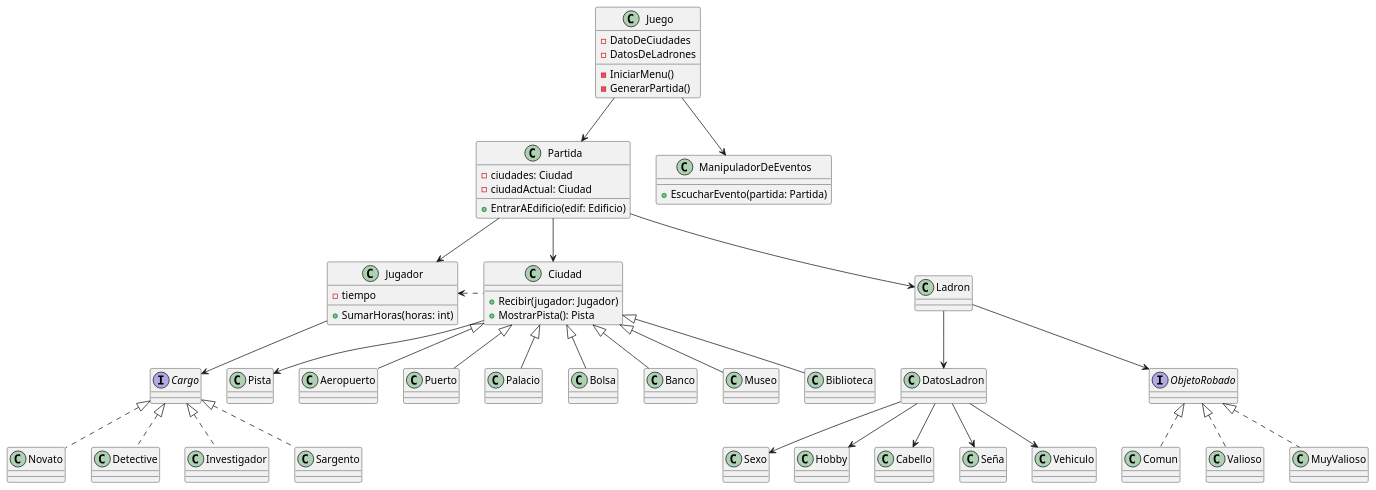
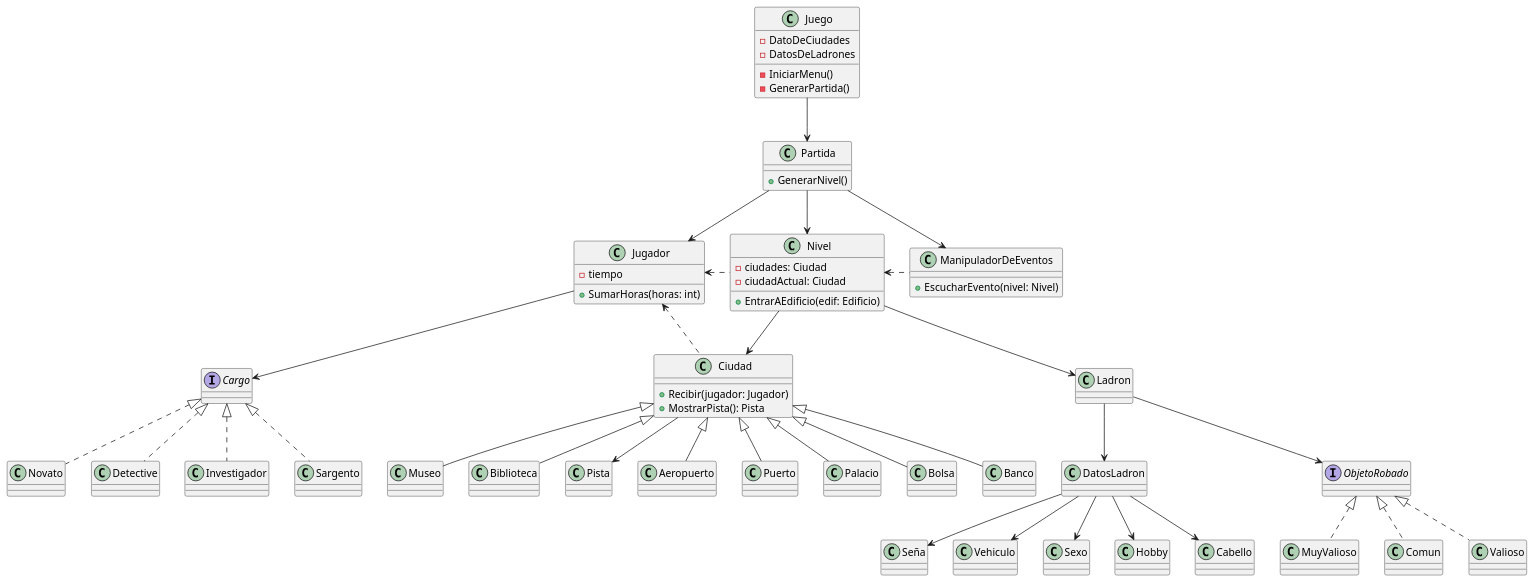
The diagram in diagrams/classes/AlgoThief_Diagrama_Clase_UML.puml (arilow/Algo3_TP2), drawn with PlantUML before and after one commit. The commit also changed 1 other file, not shown here.

Commit message:
Correccion de diagramas

```diff
--- a/diagrams/classes/AlgoThief_Diagrama_Clase_UML.puml
+++ b/diagrams/classes/AlgoThief_Diagrama_Clase_UML.puml
@@ -1,100 +1,106 @@
 @startuml algoThief
 class Juego {
 - DatoDeCiudades
 - DatosDeLadrones
 
 - IniciarMenu()
 - GenerarPartida()
 
 }
 
 class Partida {
 ' - jugador: Jugador
 ' - ladron: Ladron
+    + GenerarNivel()
+}
+
+class Nivel {
 - ciudades: Ciudad
 - ciudadActual: Ciudad
 
 + EntrarAEdificio(edif: Edificio)
 }
 
-
 class ManipuladorDeEventos {
-+ EscucharEvento(partida: Partida)
++ EscucharEvento(nivel: Nivel)
 }
 
 class Jugador {
     - tiempo
     + SumarHoras(horas: int)
 }
+
 class Ciudad {
     + Recibir(jugador: Jugador)
     + MostrarPista(): Pista
 }
-
-interface Pista{}
 
 interface Cargo{}
 class Novato{}
 class Detective{}
 class Investigador{}
 class Sargento{}
 
-
-class Pista{
-}
+class Pista{}
 
 class Aeropuerto{}
 class Puerto{}
 class Palacio{}
 class Bolsa{}
 class Banco{}
 class Museo{}
+
+class Ladron{}
+class DatosLadron{}
+class Sexo{}
+
+interface ObjetoRobado{}
+class Comun{}
+class Valioso{}
+class MuyValioso{}
 
 Jugador --> Cargo
 
 Cargo <|.. Novato
 Cargo <|.. Detective
 Cargo <|.. Investigador
 Cargo <|.. Sargento
 
 Ciudad <|-- Aeropuerto
 Ciudad <|-- Puerto
 Ciudad <|-- Biblioteca
 Ciudad <|-- Palacio
 Ciudad <|-- Bolsa
 Ciudad <|-- Banco
 Ciudad <|-- Museo
 
-
-class Ladron{}
-class DatosLadron{}
-class Sexo{}
-
 Ladron --> DatosLadron
 DatosLadron --> Sexo
 DatosLadron --> Hobby
 DatosLadron --> Cabello
 DatosLadron --> Seña
 DatosLadron --> Vehiculo
 
-interface ObjetoRobado{}
-class Comun{}
-class Valioso{}
-class MuyValioso{}
-
 ObjetoRobado <|.. Comun
 ObjetoRobado <|.. Valioso
 ObjetoRobado <|.. MuyValioso
 
 Juego --> Partida
-Juego --> ManipuladorDeEventos
 
+Partida --> ManipuladorDeEventos
 Partida --> Jugador
-Partida --> Ladron
-Partida --> Ciudad
+Partida --> Nivel
+
+Nivel --> Ciudad
+Nivel --> Ladron
+Nivel <. ManipuladorDeEventos
+
+
+Jugador <. Nivel
+Jugador <. Ciudad
+
+Ladron --> ObjetoRobado
+
 Ciudad -->Pista
 
-Jugador <.Ciudad
-Ladron --> ObjetoRobado
-
 @enduml
```
